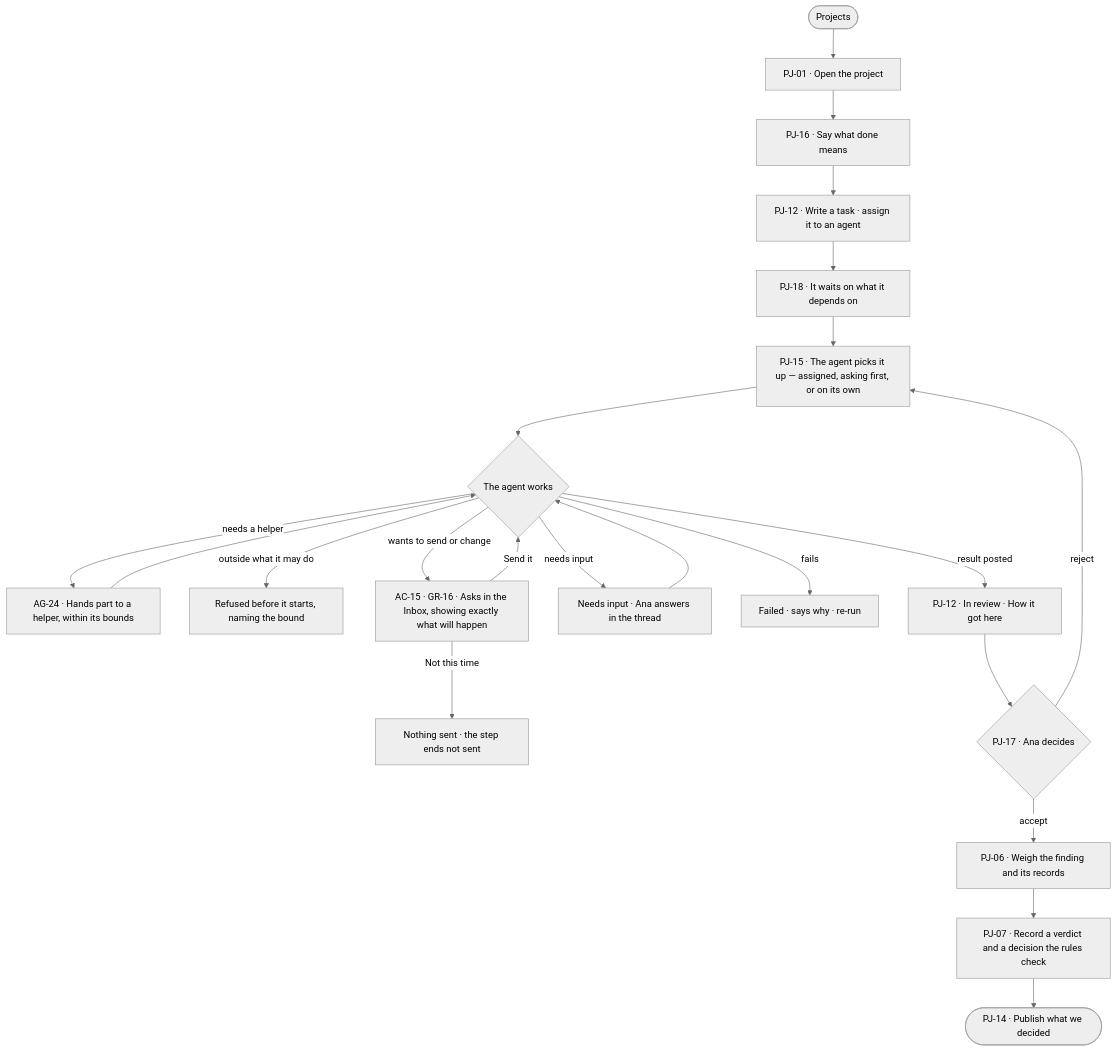
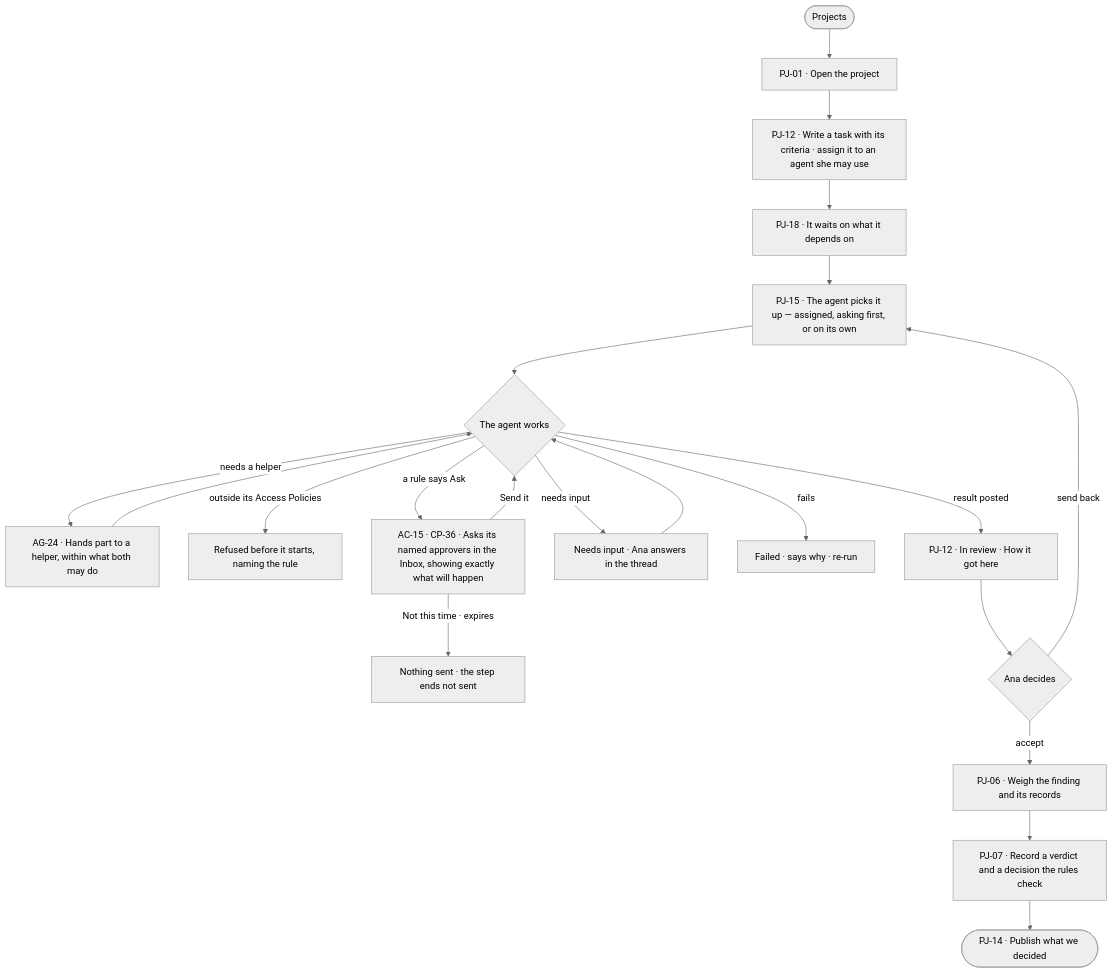
Before and after one commit to invana/invana: the diagram in specs/journeys/J03-give-an-agent-work-and-decide-on-the-result.md, drawn with Mermaid (neutral theme). The commit also changed other lines of this file and 522 other files, not shown here.

````diff
--- a/specs/journeys/J03-give-an-agent-work-and-decide-on-the-result.md
+++ b/specs/journeys/J03-give-an-agent-work-and-decide-on-the-result.md
@@ -16,22 +16,21 @@
 ```mermaid
 flowchart TD
   A([Projects]) --> B["PJ-01 · Open the project"]
-  B --> C["PJ-16 · Say what done means"]
-  C --> D["PJ-12 · Write a task · assign it to an agent"]
+  B --> D["PJ-12 · Write a task with its criteria · assign it to an agent she may use"]
   D --> D2["PJ-18 · It waits on what it depends on"]
   D2 --> E["PJ-15 · The agent picks it up — assigned, asking first, or on its own"]
   E --> F{"The agent works"}
-  F -->|needs a helper| G["AG-24 · Hands part to a helper, within its bounds"] --> F
-  F -->|outside what it may do| R["Refused before it starts, naming the bound"]
-  F -->|wants to send or change| H["AC-15 · GR-16 · Asks in the Inbox, showing exactly what will happen"]
+  F -->|needs a helper| G["AG-24 · Hands part to a helper, within what both may do"] --> F
+  F -->|outside its Access Policies| R["Refused before it starts, naming the rule"]
+  F -->|a rule says Ask| H["AC-15 · CP-36 · Asks its named approvers in the Inbox, showing exactly what will happen"]
   H -->|Send it| F
-  H -->|Not this time| F2["Nothing sent · the step ends not sent"]
+  H -->|Not this time · expires| F2["Nothing sent · the step ends not sent"]
   F -->|needs input| NI["Needs input · Ana answers in the thread"] --> F
   F -->|fails| FL["Failed · says why · re-run"]
   F -->|result posted| I["PJ-12 · In review · How it got here"]
-  I --> J{"PJ-17 · Ana decides"}
-  J -->|reject| E
+  I --> J{"Ana decides"}
+  J -->|send back| E
   J -->|accept| K["PJ-06 · Weigh the finding and its records"]
   K --> L["PJ-07 · Record a verdict and a decision the rules check"]
   L --> M(["PJ-14 · Publish what we decided"])
 ```
````
